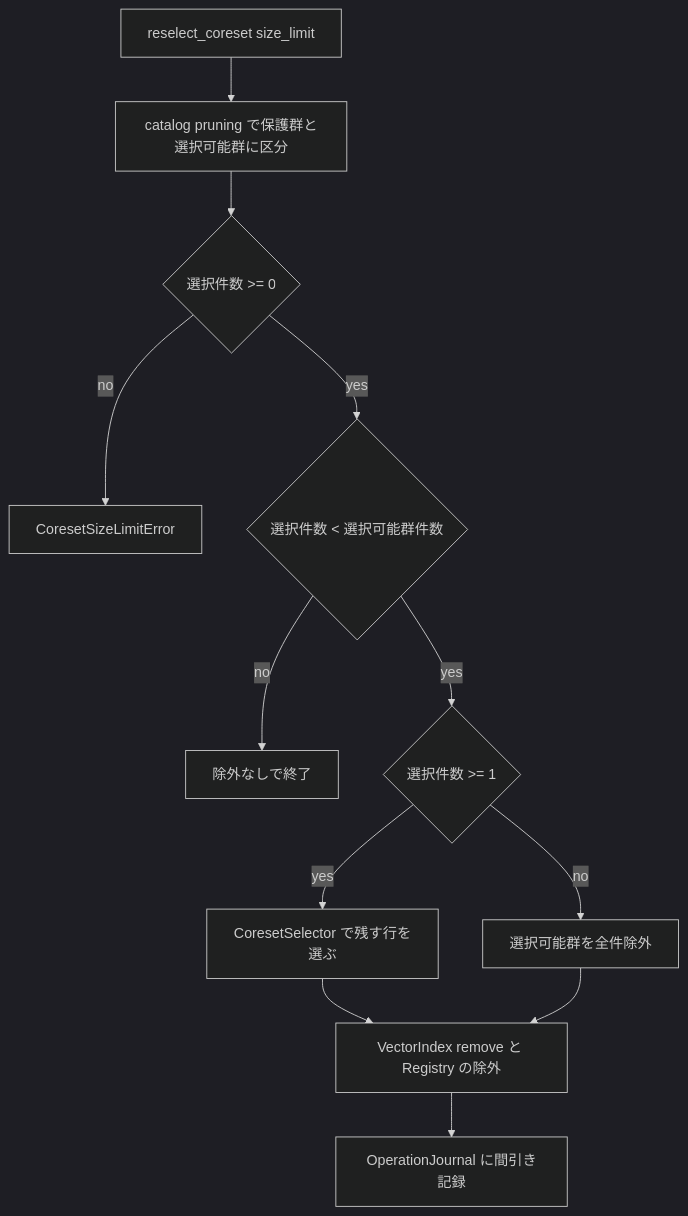
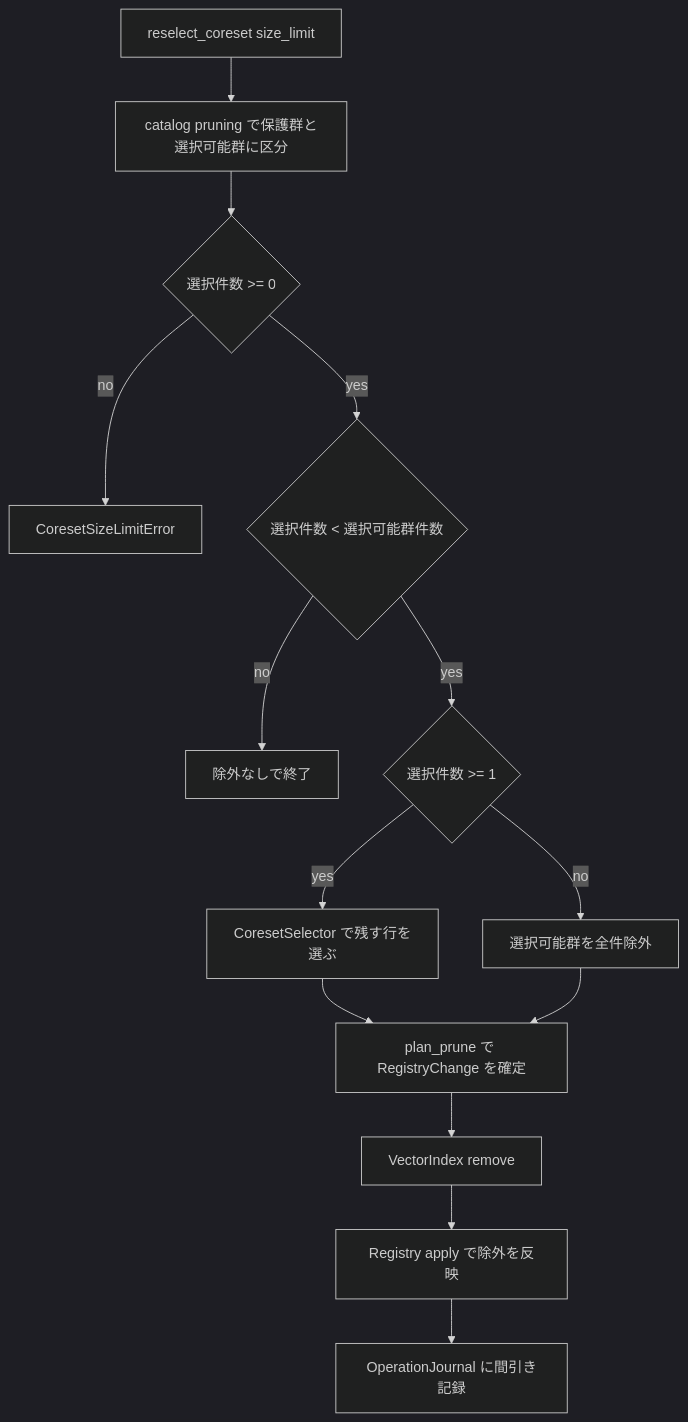
Before and after one commit to BFAI-Semicon/Go-Tech_1-3_SSL_Anomaly_Detection: the fourth of 5 diagrams in .kiro/specs/patch-feature-store/design.md, drawn with Mermaid (dark theme). The commit also changed other lines of this file, not shown here.

````diff
--- a/.kiro/specs/patch-feature-store/design.md
+++ b/.kiro/specs/patch-feature-store/design.md
@@ -299,26 +310,30 @@
 ```mermaid
 graph TB
     Req[reselect_coreset size_limit]
     Part[catalog pruning で保護群と選択可能群に区分]
     Feas{選択件数 >= 0}
     Err[CoresetSizeLimitError]
     Fits{選択件数 < 選択可能群件数}
     NoOp[除外なしで終了]
     Zero{選択件数 >= 1}
     Sel[CoresetSelector で残す行を選ぶ]
     DropAll[選択可能群を全件除外]
-    Rem[VectorIndex remove と Registry の除外]
+    Plan[plan_prune で RegistryChange を確定]
+    Rem[VectorIndex remove]
+    App[Registry apply で除外を反映]
     Log[OperationJournal に間引き記録]
 
     Req --> Part
     Part --> Feas
     Feas -- no --> Err
     Feas -- yes --> Fits
     Fits -- no --> NoOp
     Fits -- yes --> Zero
     Zero -- yes --> Sel
     Zero -- no --> DropAll
-    Sel --> Rem
-    DropAll --> Rem
-    Rem --> Log
+    Sel --> Plan
+    DropAll --> Plan
+    Plan --> Rem
+    Rem --> App
+    App --> Log
 ```
````
